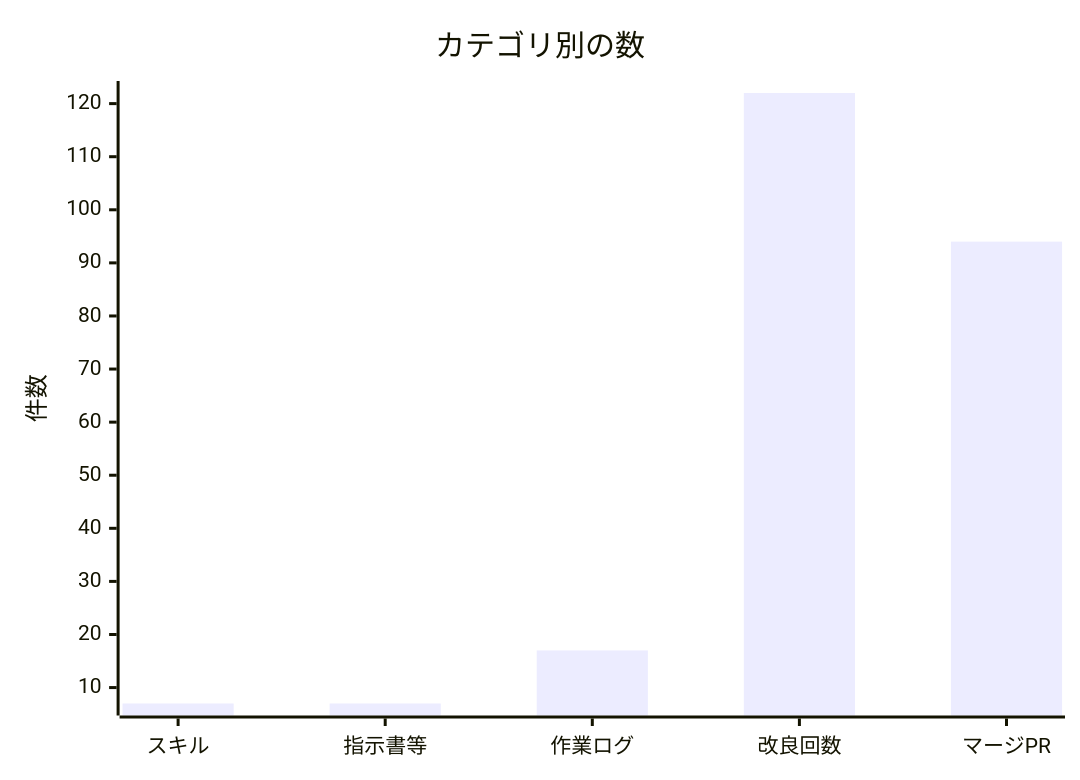
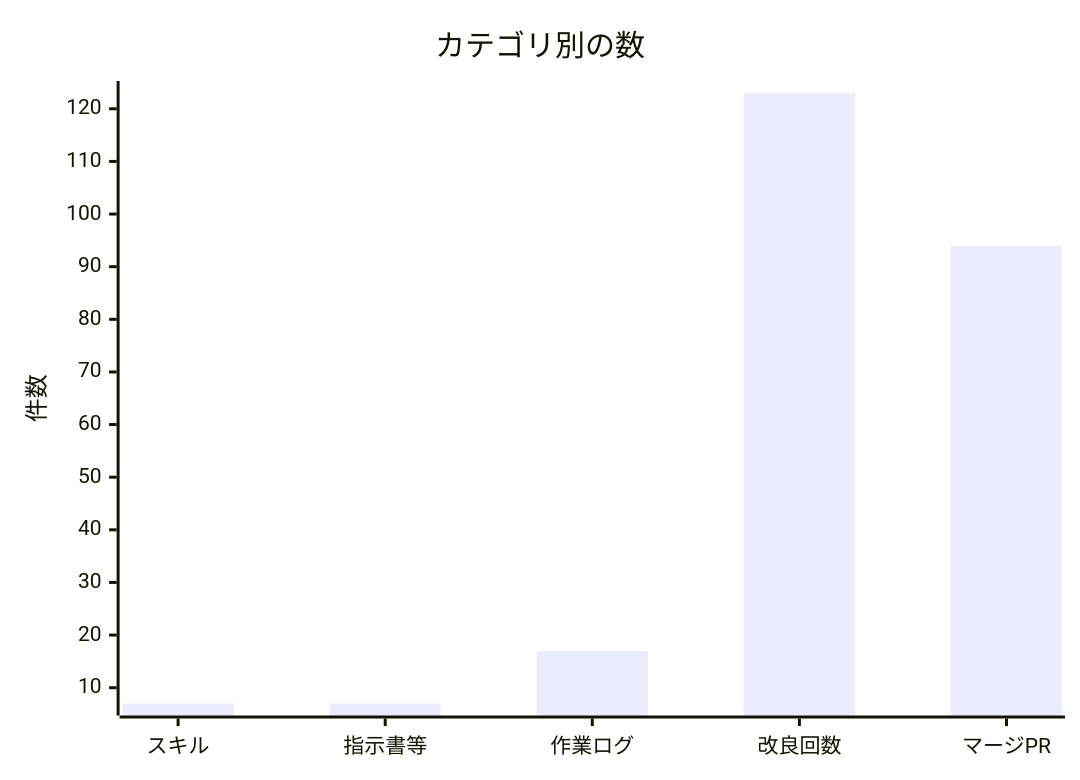
Before and after one commit to non-x2/non-x2: the second of 2 diagrams in docs/進化レポート.md, drawn with Mermaid. The commit also changed other lines of this file and 1 other file, not shown here.

````diff
--- a/docs/進化レポート.md
+++ b/docs/進化レポート.md
@@ -35,7 +35,7 @@
 ```mermaid
 xychart-beta
     title "カテゴリ別の数"
     x-axis ["スキル", "指示書等", "作業ログ", "改良回数", "マージPR"]
     y-axis "件数"
-    bar [7, 7, 17, 122, 94]
+    bar [7, 7, 17, 123, 94]
 ```
````
